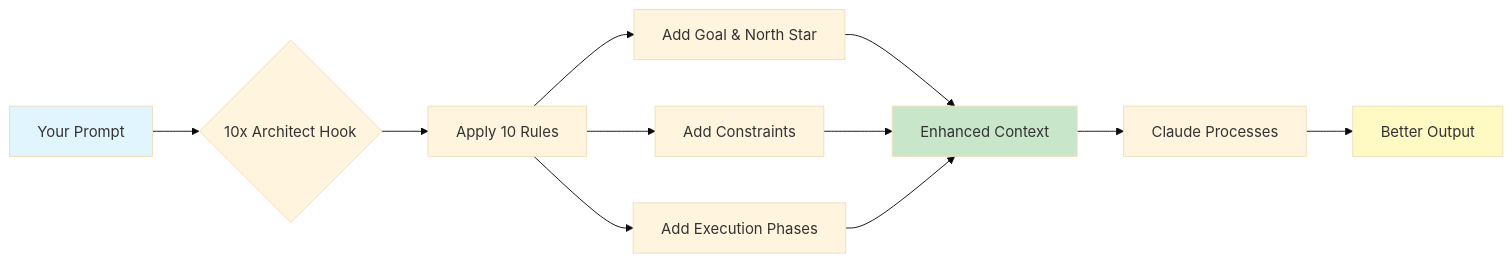
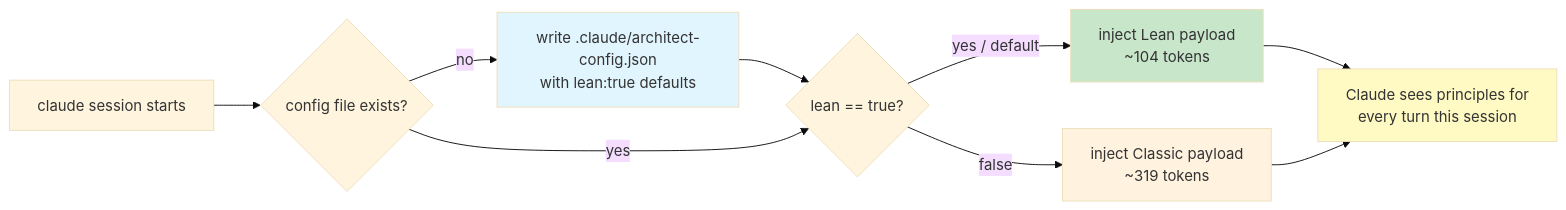
One commit to yzamari/10x-architect-marketplace changed the second of 8 diagrams in README.md. Above: the diagram before and after it, drawn with Mermaid (base theme). The commit also changed other lines of this file and 1 other file, not shown here.

````diff
--- a/README.md
+++ b/README.md
@@ -98,17 +100,16 @@
 ```mermaid
 flowchart LR
-    A[Your Prompt] --> B{10x Architect Hook}
-    B --> C[Apply 10 Rules]
-    C --> D[Add Goal & North Star]
-    C --> E[Add Constraints]
-    C --> F[Add Execution Phases]
-    D --> G[Enhanced Context]
-    E --> G
+    A[claude session starts] --> B{config file exists?}
+    B -- no --> C[write .claude/architect-config.json<br/>with lean:true defaults]
+    C --> D
+    B -- yes --> D{lean == true?}
+    D -- yes / default --> E[inject Lean payload<br/>~104 tokens]
+    D -- false --> F[inject Classic payload<br/>~319 tokens]
+    E --> G[Claude sees principles for<br/>every turn this session]
     F --> G
-    G --> H[Claude Processes]
-    H --> I[Better Output]
 
-    style A fill:#e1f5fe
-    style G fill:#c8e6c9
-    style I fill:#fff9c4
+    style C fill:#e1f5fe
+    style E fill:#c8e6c9
+    style F fill:#fff3e0
+    style G fill:#fff9c4
 ```
````
